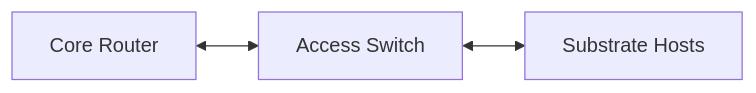
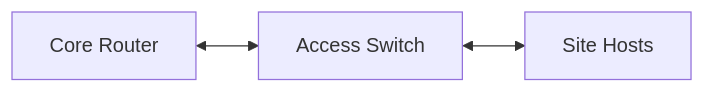
One commit to deevnet/deevnet-docs changed the diagram in content/docs/platforms/network/access-switch/_index.md. Above: the diagram before and after it, drawn with Mermaid. The commit also changed other lines of this file and 39 other files, not shown here.

```diff
--- a/content/docs/platforms/network/access-switch/_index.md
+++ b/content/docs/platforms/network/access-switch/_index.md
@@ -12,4 +12,4 @@
 {{< mermaid >}}
 graph LR
-    A[Core Router] <--> B[Access Switch] <--> C[Substrate Hosts]
+    A[Core Router] <--> B[Access Switch] <--> C[Site Hosts]
 {{< /mermaid >}}
```
